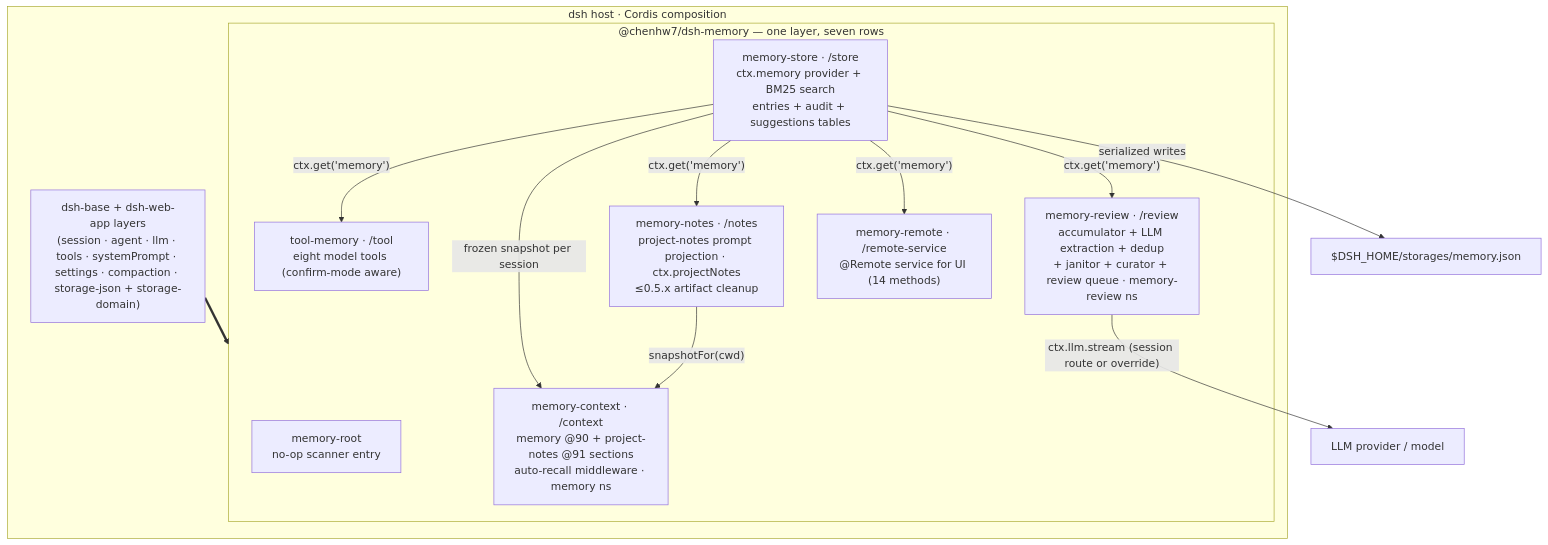
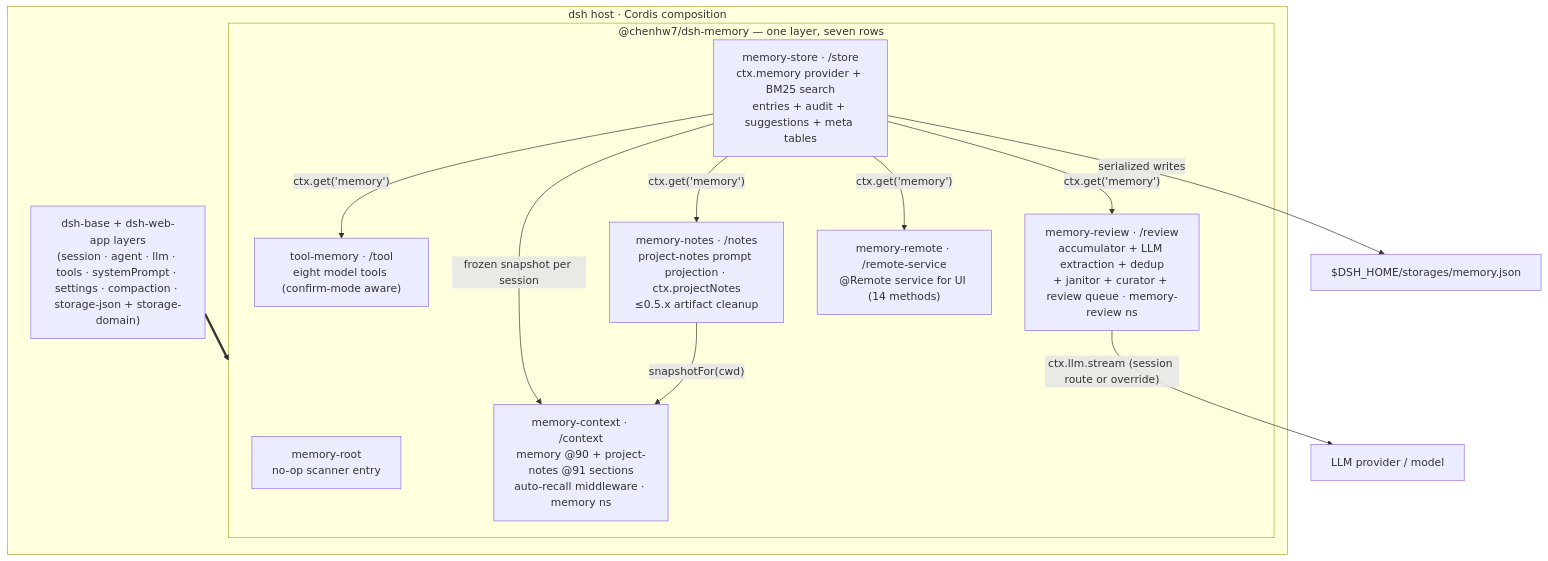
Before and after one commit to chenhw7/dsh-memory: the first of 3 diagrams in docs/TECH_DESIGN.md, drawn with Mermaid. The commit also changed other lines of this file and 15 other files, not shown here.

First line of the commit message:
feat(store): anchors/status/supersededBy entry fields + fourth meta table (write-path rework Step 1.1)

````diff
--- a/docs/TECH_DESIGN.md
+++ b/docs/TECH_DESIGN.md
@@ -102,24 +102,24 @@
 ```mermaid
 flowchart TB
   subgraph host["dsh host · Cordis composition"]
     base["dsh-base + dsh-web-app layers<br/>(session · agent · llm · tools · systemPrompt · settings · compaction · storage-json + storage-domain)"]
     subgraph bundle["@chenhw7/dsh-memory — one layer, seven rows"]
       root["memory-root<br/>no-op scanner entry"]
-      store["memory-store · /store<br/>ctx.memory provider + BM25 search<br/>entries + audit + suggestions tables"]
+      store["memory-store · /store<br/>ctx.memory provider + BM25 search<br/>entries + audit + suggestions + meta tables"]
       tool["tool-memory · /tool<br/>eight model tools (confirm-mode aware)"]
       review["memory-review · /review<br/>accumulator + LLM extraction + dedup<br/>+ janitor + curator + review queue · memory-review ns"]
       notes["memory-notes · /notes<br/>project-notes prompt projection · ctx.projectNotes<br/>≤0.5.x artifact cleanup"]
       context["memory-context · /context<br/>memory @90 + project-notes @91 sections<br/>auto-recall middleware · memory ns"]
       remote["memory-remote · /remote-service<br/>@Remote service for UI (14 methods)"]
     end
   end
   base ==> bundle
   store -- "ctx.get('memory')" --> tool
   store -- "ctx.get('memory')" --> review
   store -- "frozen snapshot per session" --> context
   store -- "ctx.get('memory')" --> notes
   store -- "ctx.get('memory')" --> remote
   review -- "ctx.llm.stream (session route or override)" --> llm["LLM provider / model"]
   notes -- "snapshotFor(cwd)" --> context
   store -- "serialized writes" --> json["$DSH_HOME/storages/memory.json"]
 ```
````
